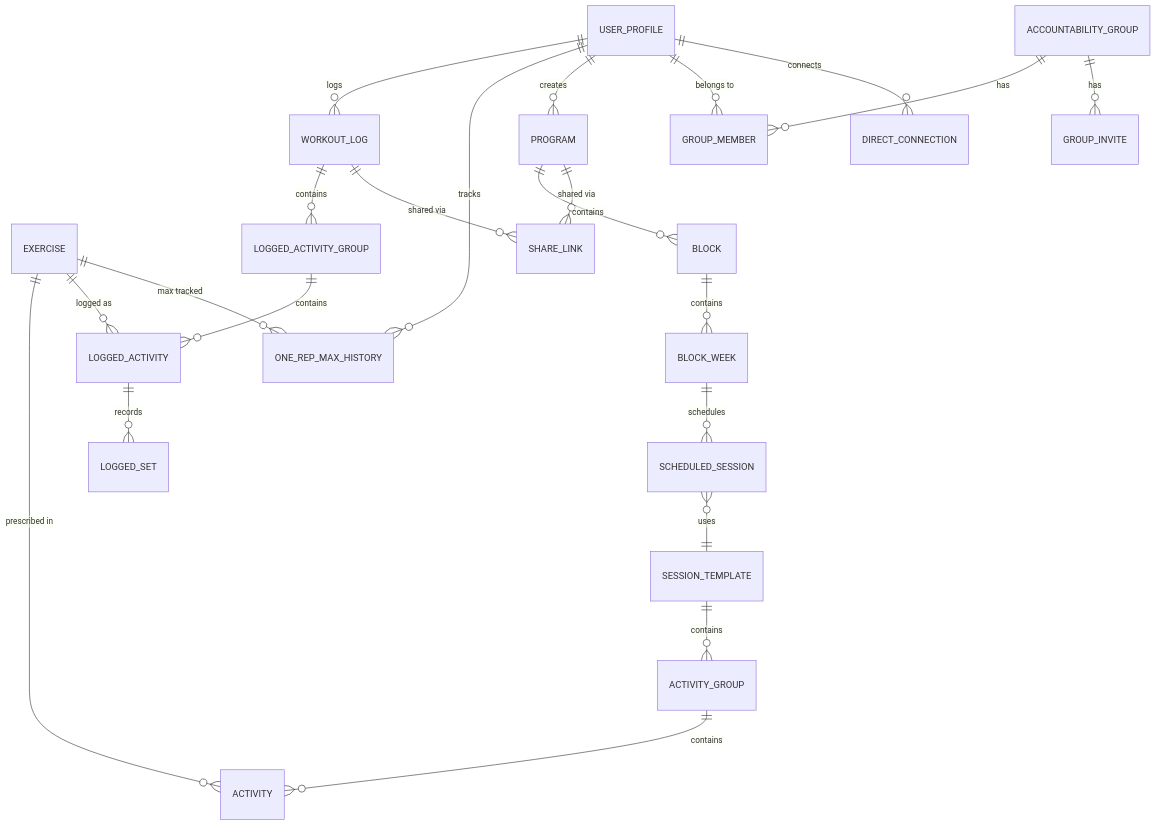
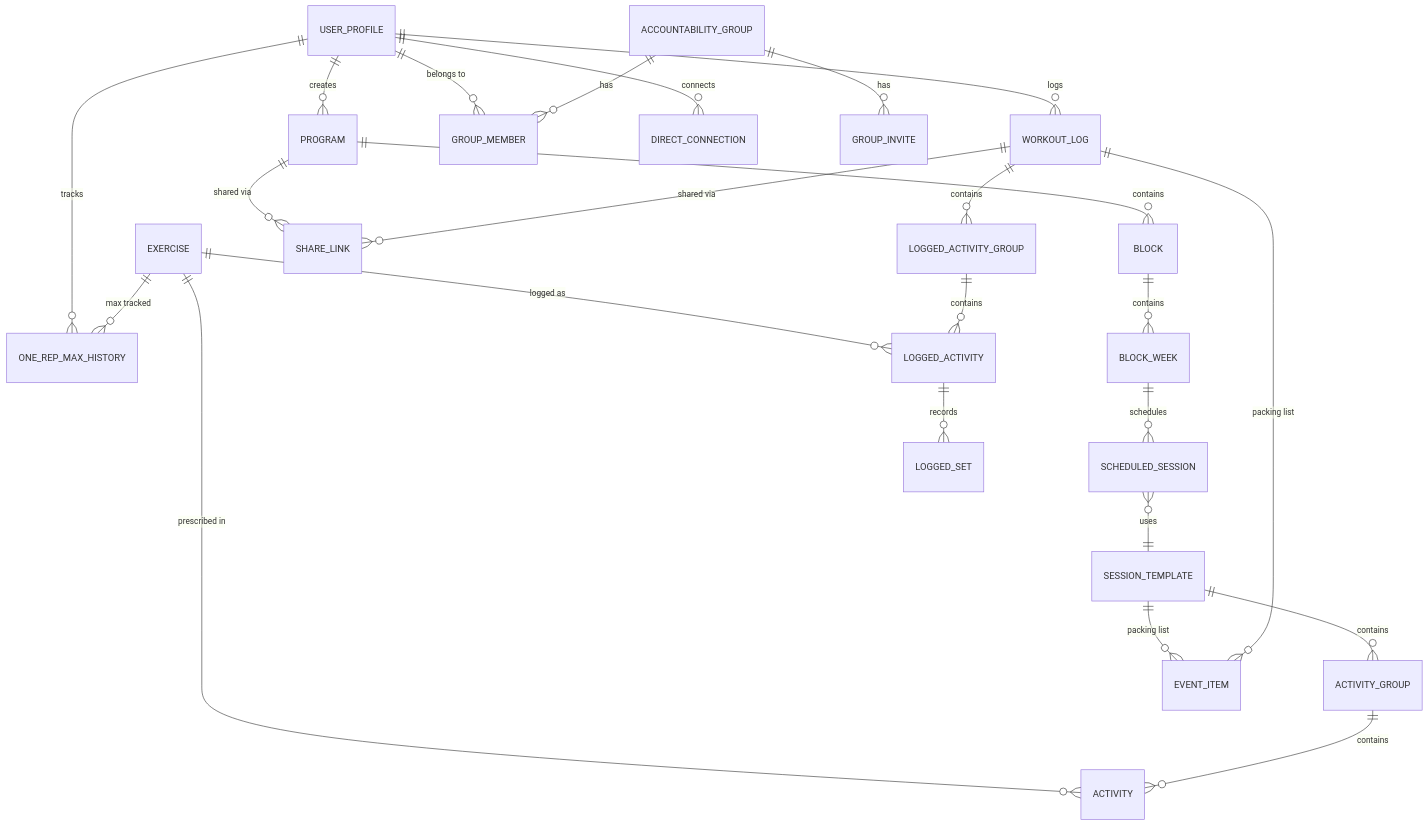
Diagram 19 of 19 in docs/05-domain-model.md (rghsoftware/ardent-forge), drawn with Mermaid before and after one commit. The commit also changed other lines of this file and 14 other files, not shown here.

````diff
--- a/docs/05-domain-model.md
+++ b/docs/05-domain-model.md
@@ -740,29 +891,31 @@
 ```mermaid
 erDiagram
     USER_PROFILE ||--o{ WORKOUT_LOG : "logs"
     USER_PROFILE ||--o{ ONE_REP_MAX_HISTORY : "tracks"
     USER_PROFILE ||--o{ PROGRAM : "creates"
     USER_PROFILE ||--o{ GROUP_MEMBER : "belongs to"
     USER_PROFILE ||--o{ DIRECT_CONNECTION : "connects"
 
     EXERCISE ||--o{ ACTIVITY : "prescribed in"
     EXERCISE ||--o{ LOGGED_ACTIVITY : "logged as"
     EXERCISE ||--o{ ONE_REP_MAX_HISTORY : "max tracked"
 
     PROGRAM ||--o{ BLOCK : "contains"
     PROGRAM ||--o{ SHARE_LINK : "shared via"
     BLOCK ||--o{ BLOCK_WEEK : "contains"
     BLOCK_WEEK ||--o{ SCHEDULED_SESSION : "schedules"
     SCHEDULED_SESSION }o--|| SESSION_TEMPLATE : "uses"
 
     SESSION_TEMPLATE ||--o{ ACTIVITY_GROUP : "contains"
     ACTIVITY_GROUP ||--o{ ACTIVITY : "contains"
+    SESSION_TEMPLATE ||--o{ EVENT_ITEM : "packing list"
 
     WORKOUT_LOG ||--o{ LOGGED_ACTIVITY_GROUP : "contains"
+    WORKOUT_LOG ||--o{ EVENT_ITEM : "packing list"
     WORKOUT_LOG ||--o{ SHARE_LINK : "shared via"
     LOGGED_ACTIVITY_GROUP ||--o{ LOGGED_ACTIVITY : "contains"
     LOGGED_ACTIVITY ||--o{ LOGGED_SET : "records"
 
     ACCOUNTABILITY_GROUP ||--o{ GROUP_MEMBER : "has"
     ACCOUNTABILITY_GROUP ||--o{ GROUP_INVITE : "has"
 ```
````
